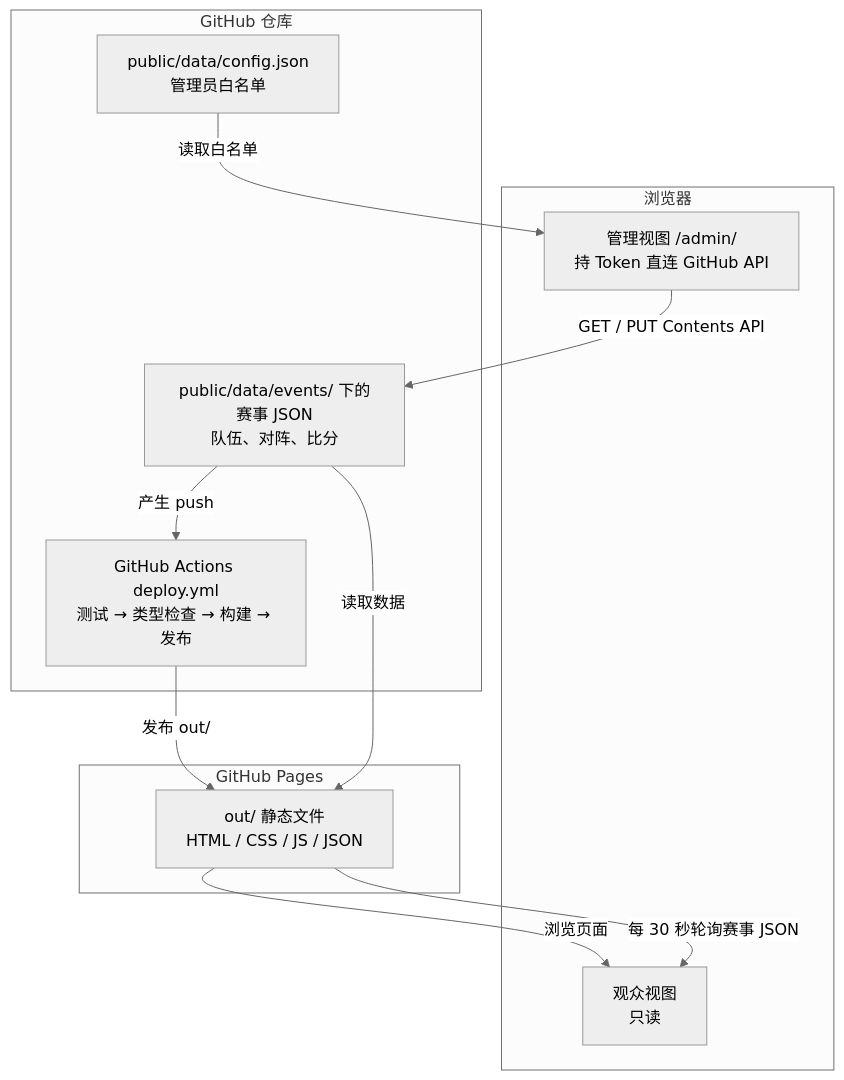
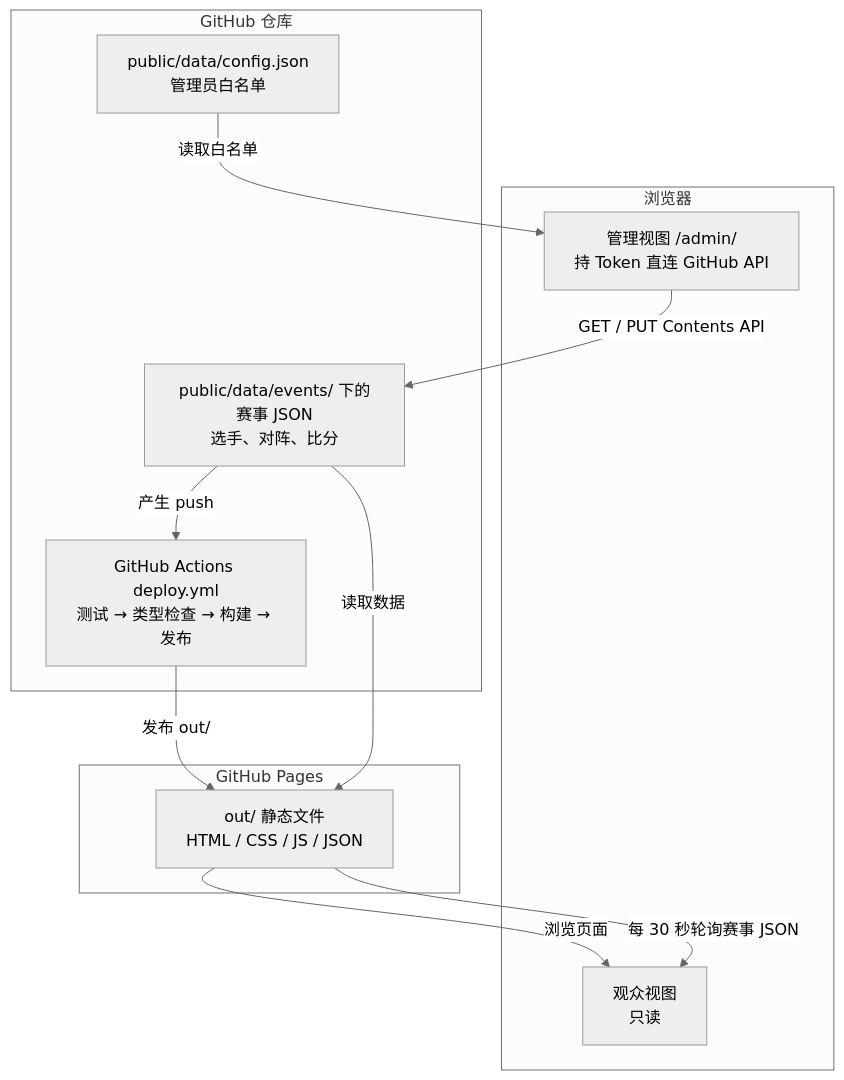
One commit to Structuretxwd/Match-Schedule changed the first of 5 diagrams in README.md. Above: the diagram before and after it, drawn with Mermaid (neutral theme). The commit also changed other lines of this file and 33 other files, not shown here.

````diff
--- a/README.md
+++ b/README.md
@@ -76,25 +83,25 @@
 ```mermaid
 flowchart TD
     subgraph Browser["浏览器"]
         Viewer["观众视图<br/>只读"]
         Admin["管理视图 /admin/<br/>持 Token 直连 GitHub API"]
     end
 
     subgraph Pages["GitHub Pages"]
         Static["out/ 静态文件<br/>HTML / CSS / JS / JSON"]
     end
 
     subgraph Repo["GitHub 仓库"]
         Config["public/data/config.json<br/>管理员白名单"]
-        Events["public/data/events/ 下的赛事 JSON<br/>队伍、对阵、比分"]
+        Events["public/data/events/ 下的赛事 JSON<br/>选手、对阵、比分"]
         Workflow["GitHub Actions deploy.yml<br/>测试 → 类型检查 → 构建 → 发布"]
     end
 
     Events -->|"产生 push"| Workflow
     Workflow -->|"发布 out/"| Static
     Static -->|"浏览页面"| Viewer
     Static -->|"每 30 秒轮询赛事 JSON"| Viewer
     Config -->|"读取白名单"| Admin
     Admin -->|"GET / PUT Contents API"| Events
     Events -->|"读取数据"| Static
 ```
````
